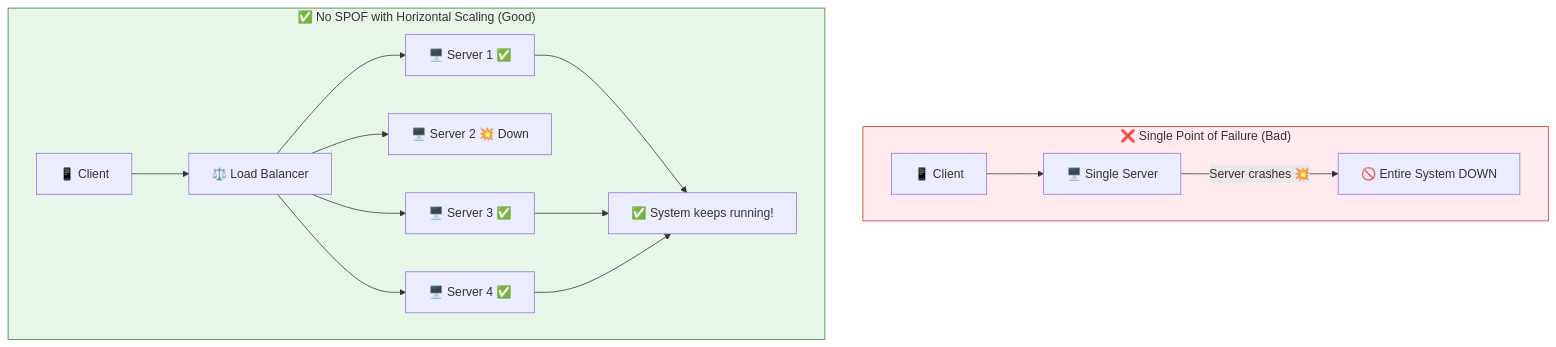
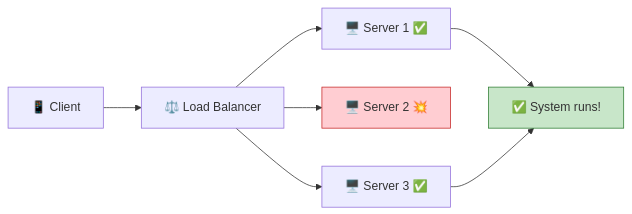
Before and after one commit to pravn27/system-design-tech-doc: diagram 11 of 20 in docs/from-youtube/system-design-basics.md, drawn with Mermaid. The commit also changed other lines of this file, not shown here.

Commit message:
system design basics refactor

````diff
--- a/docs/from-youtube/system-design-basics.md
+++ b/docs/from-youtube/system-design-basics.md
@@ -394,21 +407,12 @@
 ```mermaid
-graph TB
-    subgraph SPOF ["❌ Single Point of Failure (Bad)"]
-        C1["📱 Client"] --> S_one["🖥️ Single Server"]
-        S_one -- "Server crashes 💥" --> Down["🚫 Entire System DOWN"]
-    end
+graph LR
+    C2["📱 Client"] --> LB["⚖️ Load Balancer"]
+    LB --> S_a["🖥️ Server 1 ✅"]
+    LB --> S_b["🖥️ Server 2 💥"]
+    LB --> S_c["🖥️ Server 3 ✅"]
+    S_a --> Up["✅ System runs!"]
+    S_c --> Up
 
-    subgraph NoSPOF ["✅ No SPOF with Horizontal Scaling (Good)"]
-        C2["📱 Client"] --> LB["⚖️ Load Balancer"]
-        LB --> S_a["🖥️ Server 1 ✅"]
-        LB --> S_b["🖥️ Server 2 💥 Down"]
-        LB --> S_c["🖥️ Server 3 ✅"]
-        LB --> S_d["🖥️ Server 4 ✅"]
-        S_a --> Up["✅ System keeps running!"]
-        S_c --> Up
-        S_d --> Up
-    end
-
-    style SPOF fill:#ffebee,stroke:#c62828
-    style NoSPOF fill:#e8f5e9,stroke:#2e7d32
+    style S_b fill:#ffcdd2,stroke:#c62828
+    style Up fill:#c8e6c9,stroke:#2e7d32
 ```
````
